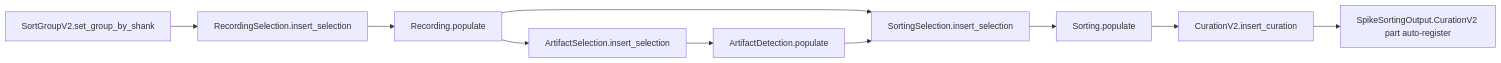
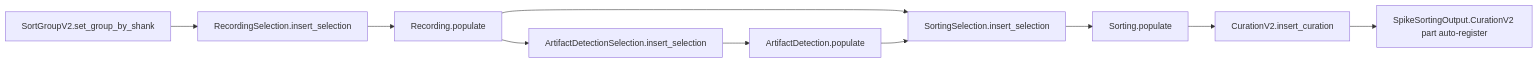
The second of 2 diagrams in .claude/docs/plans/spikesorting-v2/diagrams/01-phase-1.md (LorenFrankLab/spyglass), drawn with Mermaid before and after one commit. The commit also changed other lines of this file and 27 other files, not shown here.

First line of the commit message:
docs(spikesorting v2): reconcile plan docs with artifact_detection rename

````diff
--- a/.claude/docs/plans/spikesorting-v2/diagrams/01-phase-1.md
+++ b/.claude/docs/plans/spikesorting-v2/diagrams/01-phase-1.md
@@ -282,12 +282,12 @@
 ```mermaid
 flowchart LR
     A[SortGroupV2.set_group_by_shank] --> B[RecordingSelection.insert_selection]
     B --> C[Recording.populate]
-    C --> D[ArtifactSelection.insert_selection]
+    C --> D[ArtifactDetectionSelection.insert_selection]
     D --> E[ArtifactDetection.populate]
     C --> F[SortingSelection.insert_selection]
     E --> F
     F --> G[Sorting.populate]
     G --> H[CurationV2.insert_curation]
     H --> I[SpikeSortingOutput.CurationV2 part auto-register]
 ```
````
